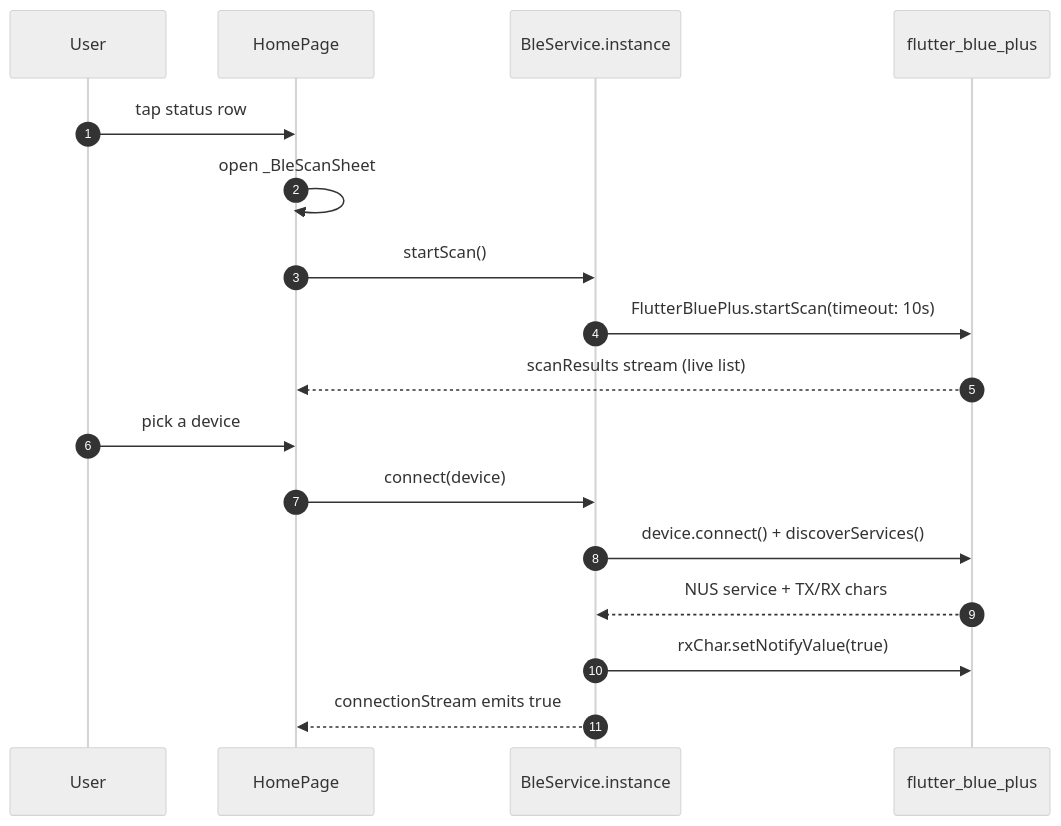
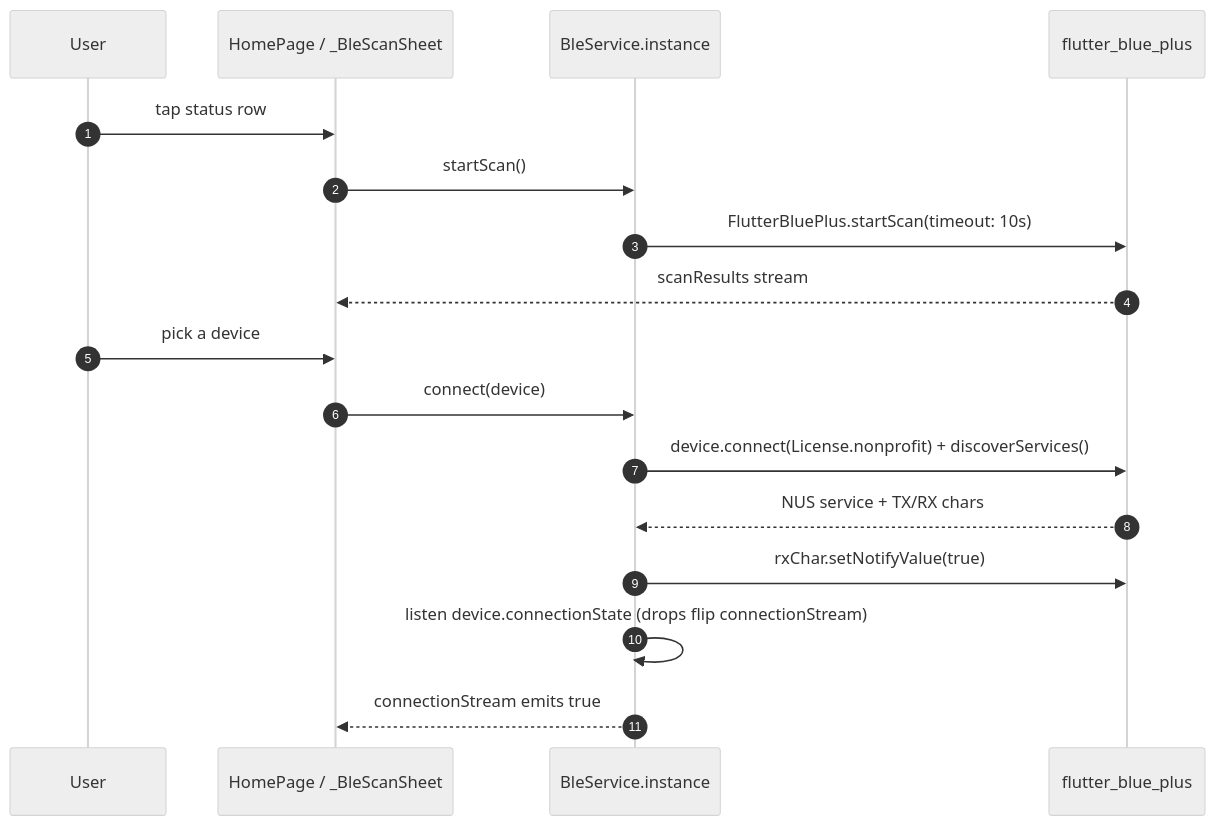
Before and after one commit to Hubert005/IoT_Projekt: the second of 9 diagrams in docs/frontend/sequence-diagrams.md, drawn with Mermaid (neutral theme). The commit also changed other lines of this file and 19 other files, not shown here.

````diff
--- a/docs/frontend/sequence-diagrams.md
+++ b/docs/frontend/sequence-diagrams.md
@@ -25,19 +30,19 @@
 ```mermaid
 sequenceDiagram
     autonumber
     participant U as User
-    participant Home as HomePage
+    participant Home as HomePage / _BleScanSheet
     participant Ble as BleService.instance
     participant FBP as flutter_blue_plus
     U->>Home: tap status row
-    Home->>Home: open _BleScanSheet
     Home->>Ble: startScan()
     Ble->>FBP: FlutterBluePlus.startScan(timeout: 10s)
-    FBP-->>Home: scanResults stream (live list)
+    FBP-->>Home: scanResults stream
     U->>Home: pick a device
     Home->>Ble: connect(device)
-    Ble->>FBP: device.connect() + discoverServices()
+    Ble->>FBP: device.connect(License.nonprofit) + discoverServices()
     FBP-->>Ble: NUS service + TX/RX chars
     Ble->>FBP: rxChar.setNotifyValue(true)
+    Ble->>Ble: listen device.connectionState (drops flip connectionStream)
     Ble-->>Home: connectionStream emits true
 ```
````
